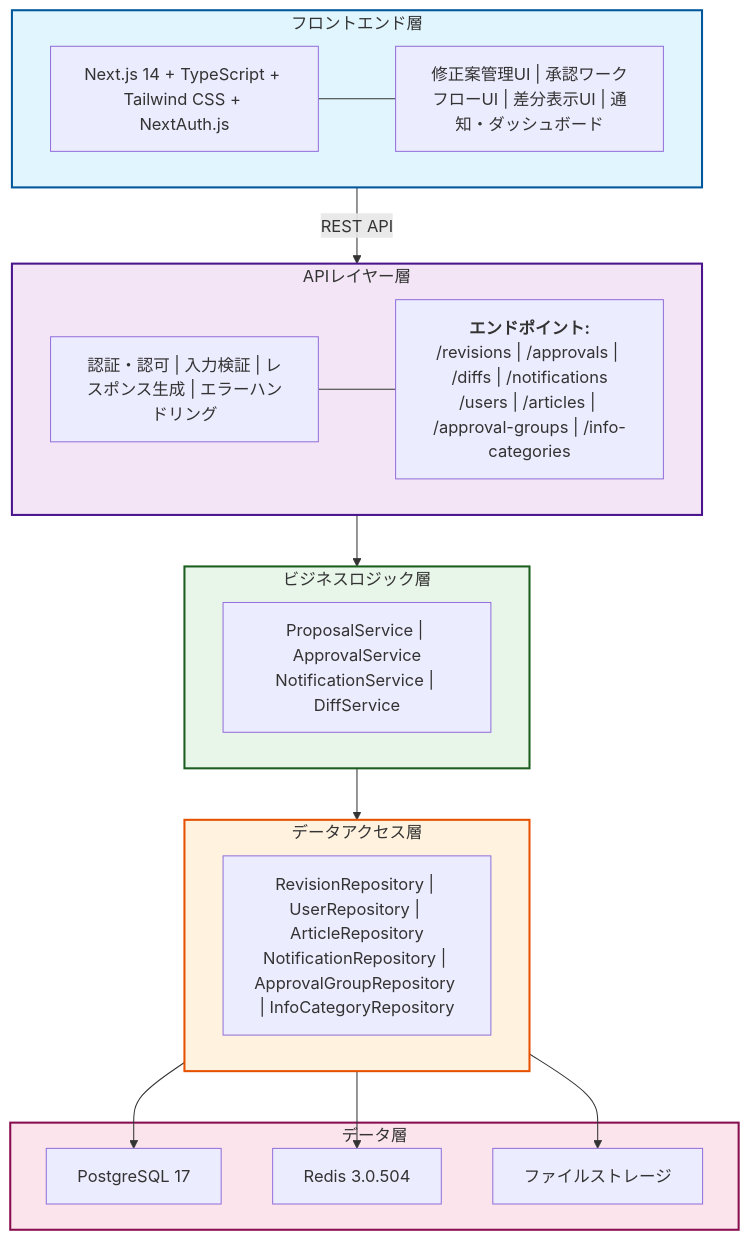
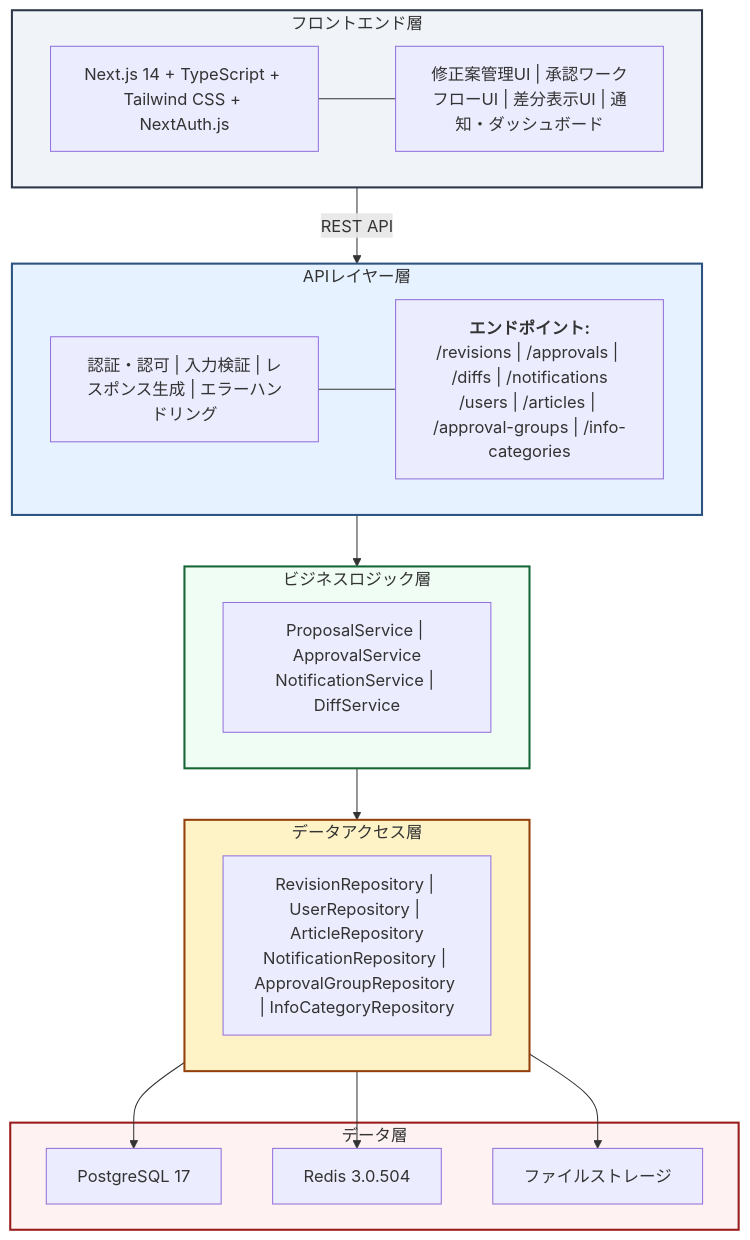
One commit to ekrsw/knowledge_app changed the diagram in .tmp/design.md. Above: the diagram before and after it, drawn with Mermaid.

Commit message:
graph tb

````diff
--- a/.tmp/design.md
+++ b/.tmp/design.md
@@ -7,54 +7,54 @@
 ```mermaid
 graph TB
     %% フロントエンド層
     subgraph Frontend["フロントエンド層"]
         UI_Framework["Next.js 14 + TypeScript + Tailwind CSS + NextAuth.js"]
         UI_Components["修正案管理UI | 承認ワークフローUI | 差分表示UI | 通知・ダッシュボード"]
         UI_Framework --- UI_Components
     end
 
     %% APIレイヤー層
     subgraph API["APIレイヤー層"]
         Auth["認証・認可 | 入力検証 | レスポンス生成 | エラーハンドリング"]
         Endpoints["<b>エンドポイント:</b><br/>/revisions | /approvals | /diffs | /notifications<br/>/users | /articles | /approval-groups | /info-categories"]
         Auth --- Endpoints
     end
 
     %% ビジネスロジック層
     subgraph Business["ビジネスロジック層"]
         Services["ProposalService | ApprovalService<br/>NotificationService | DiffService"]
     end
 
     %% データアクセス層
     subgraph DataAccess["データアクセス層"]
         Repositories["RevisionRepository | UserRepository | ArticleRepository<br/>NotificationRepository | ApprovalGroupRepository | InfoCategoryRepository"]
     end
 
     %% データ層
     subgraph Data["データ層"]
         PostgreSQL["PostgreSQL 17"]
         Redis["Redis 3.0.504"]
         FileStorage["ファイルストレージ"]
     end
 
     %% 接続
     Frontend -->|REST API| API
     API --> Business
     Business --> DataAccess
     DataAccess --> PostgreSQL
     DataAccess --> Redis
     DataAccess --> FileStorage
 
-    %% スタイリング
-    classDef frontendStyle fill:#e1f5fe,stroke:#01579b,stroke-width:2px
-    classDef apiStyle fill:#f3e5f5,stroke:#4a148c,stroke-width:2px
-    classDef businessStyle fill:#e8f5e9,stroke:#1b5e20,stroke-width:2px
-    classDef dataAccessStyle fill:#fff3e0,stroke:#e65100,stroke-width:2px
-    classDef dataStyle fill:#fce4ec,stroke:#880e4f,stroke-width:2px
+    %% スタイリング（落ち着いた配色）
+    classDef frontendStyle fill:#f0f4f8,stroke:#2d3748,stroke-width:2px
+    classDef apiStyle fill:#e6f2ff,stroke:#2c5282,stroke-width:2px
+    classDef businessStyle fill:#f0fdf4,stroke:#166534,stroke-width:2px
+    classDef dataAccessStyle fill:#fef3c7,stroke:#92400e,stroke-width:2px
+    classDef dataStyle fill:#fef2f2,stroke:#991b1b,stroke-width:2px
 
     class Frontend frontendStyle
     class API apiStyle
     class Business businessStyle
     class DataAccess dataAccessStyle
     class Data dataStyle
 ```
````
